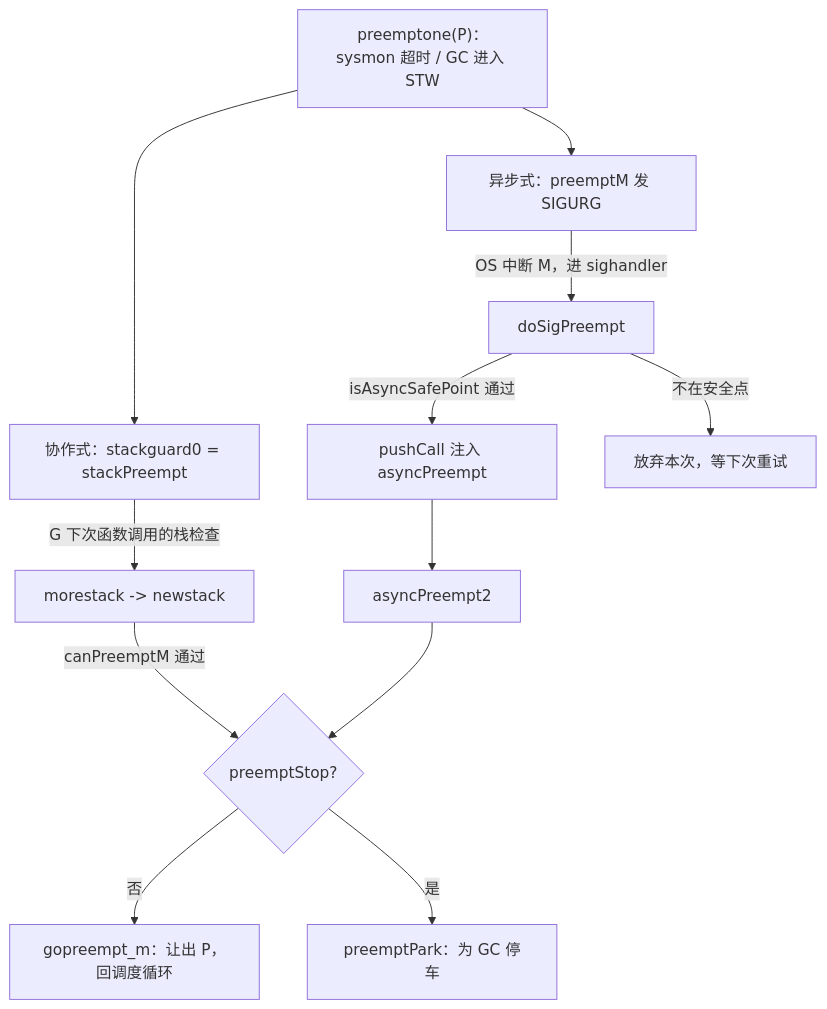
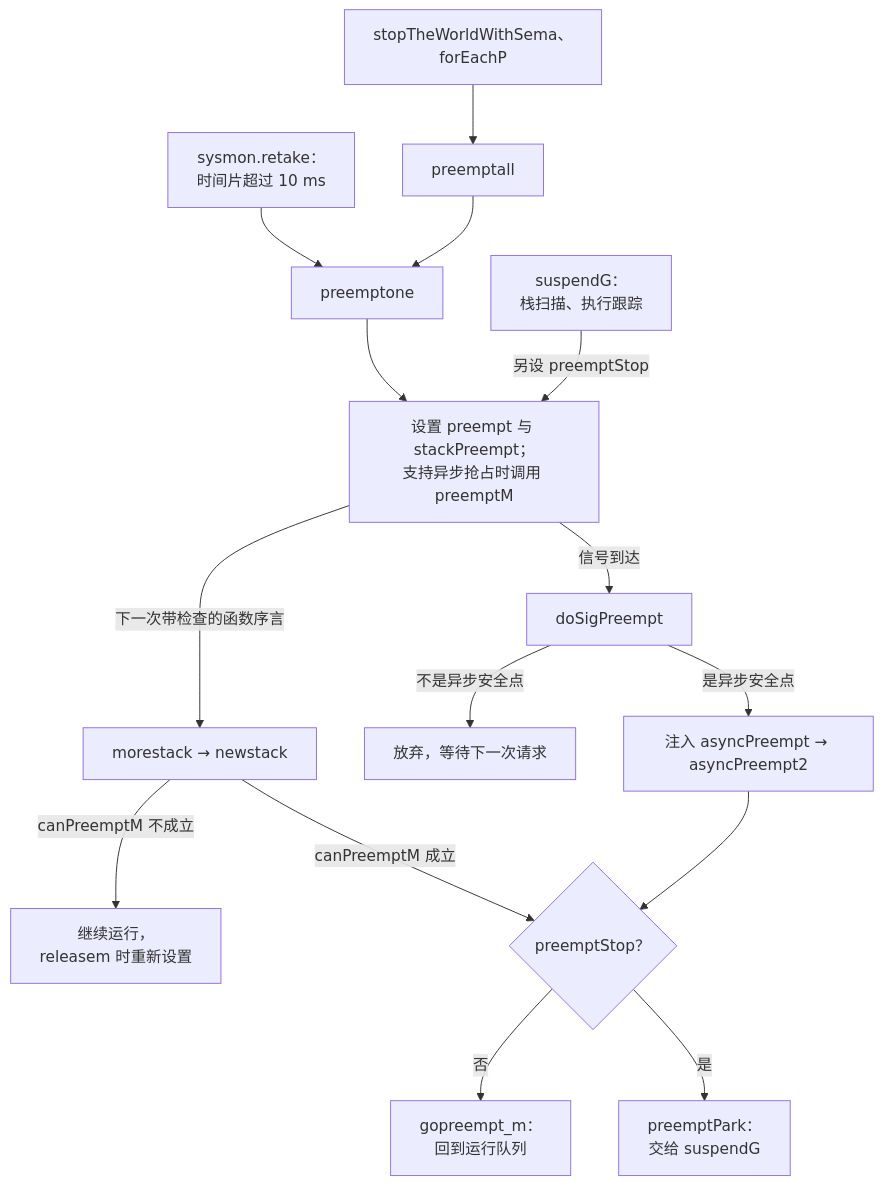
The diagram in book/zh-cn/part3concurrency/ch09sched/preemption.md (golang-design/under-the-hood), drawn with Mermaid before and after one commit. The commit also changed other lines of this file and 11 other files, not shown here.

````diff
--- a/book/zh-cn/part3concurrency/ch09sched/preemption.md
+++ b/book/zh-cn/part3concurrency/ch09sched/preemption.md
@@ -237,19 +428,16 @@
 ```mermaid
 flowchart TD
-    REQ["preemptone(P)：sysmon 超时 / GC 进入 STW"]
-    REQ --> COOP["协作式：stackguard0 = stackPreempt"]
-    REQ --> ASYNC["异步式：preemptM 发 SIGURG"]
-
-    COOP -->|G 下次函数调用的栈检查| MORE["morestack -> newstack"]
-    MORE -->|canPreemptM 通过| YIELD
-
-    ASYNC -->|OS 中断 M，进 sighandler| DSP["doSigPreempt"]
-    DSP -->|isAsyncSafePoint 通过| INJ["pushCall 注入 asyncPreempt"]
-    DSP -->|不在安全点| DROP["放弃本次，等下次重试"]
-    INJ --> AP2["asyncPreempt2"]
-    AP2 --> YIELD
-
-    YIELD{"preemptStop?"}
-    YIELD -->|否| GP["gopreempt_m：让出 P，回调度循环"]
-    YIELD -->|是| PP["preemptPark：为 GC 停车"]
+    SYSMON["sysmon.retake：<br/>时间片超过 10 ms"] --> ONE["preemptone"]
+    STW["stopTheWorldWithSema、forEachP"] --> ALL["preemptall"] --> ONE
+    ONE --> ARM["设置 preempt 与 stackPreempt；<br/>支持异步抢占时调用 preemptM"]
+    SCAN["suspendG：<br/>栈扫描、执行跟踪"] -->|"另设 preemptStop"| ARM
+    ARM -->|"下一次带检查的函数序言"| NS["morestack → newstack"]
+    ARM -->|"信号到达"| DSP["doSigPreempt"]
+    NS -->|"canPreemptM 不成立"| LATER["继续运行，<br/>releasem 时重新设置"]
+    NS -->|"canPreemptM 成立"| SW{"preemptStop？"}
+    DSP -->|"不是异步安全点"| RETRY["放弃，等待下一次请求"]
+    DSP -->|"是异步安全点"| AP["注入 asyncPreempt → asyncPreempt2"]
+    AP --> SW
+    SW -->|"否"| GP["gopreempt_m：<br/>回到运行队列"]
+    SW -->|"是"| PP["preemptPark：<br/>交给 suspendG"]
 ```
````
